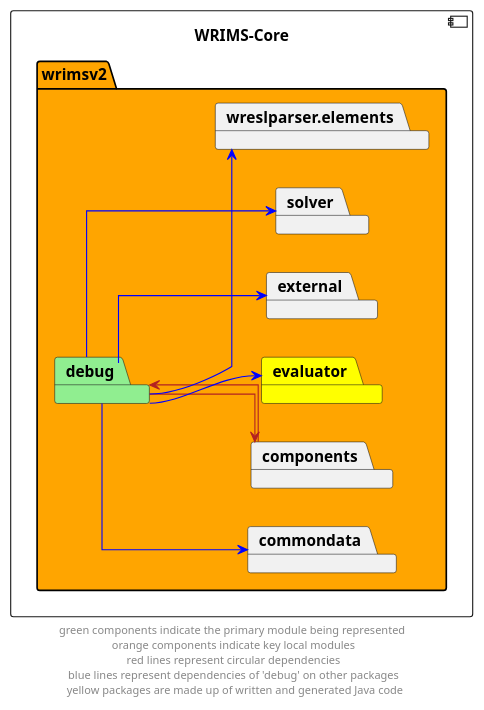
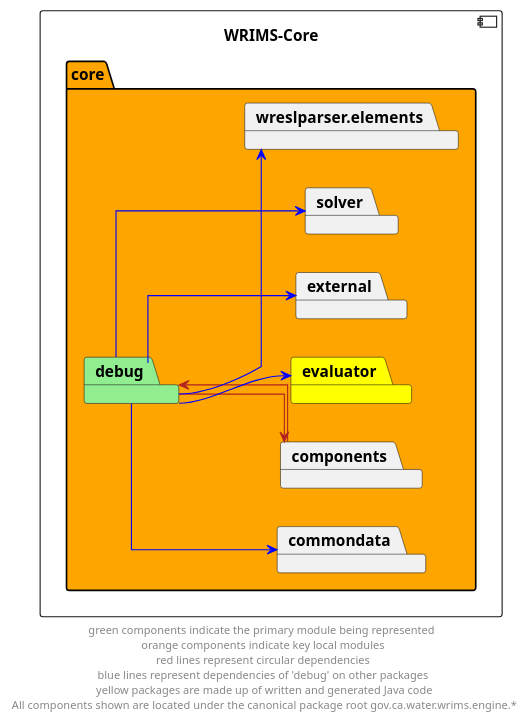
One commit to CentralValleyModeling/wrims-engine changed the diagram in docs/diagrams/wrims-core/wrims-core_debug.puml. Above: the diagram before and after it, drawn with PlantUML. The commit also changed 464 other files, not shown here.

First line of the commit message:
WRIMS module rename (#156)

```diff
--- a/docs/diagrams/wrims-core/wrims-core_debug.puml
+++ b/docs/diagrams/wrims-core/wrims-core_debug.puml
@@ -1,29 +1,29 @@
 @startuml
 left to right direction
 skinparam linetype ortho
 
 component wrims_core as "WRIMS-Core" {
-    package wrimsv2 #orange{
+    package core #orange{
         package debug #lightgreen
     package commondata
     package components
     package evaluator #yellow
     package external
     package solver
     package wreslparser.elements
 }
 
 debug -->  components #firebrick
 components -->  debug #firebrick
 
 debug -->  commondata #blue
 debug -->  evaluator #blue
 debug -->  external #blue
 debug -->  solver #blue
 debug -->  wreslparser.elements #blue
 
 ' The following relationships are hidden and used to format the diagram. They do not represent actual dependencies.
 'debug -r[hidden]-> evaluator
 
-footer "green components indicate the primary module being represented \n orange components indicate key local modules \n red lines represent circular dependencies \n blue lines represent dependencies of 'debug' on other packages \n yellow packages are made up of written and generated Java code"
+footer "green components indicate the primary module being represented \n orange components indicate key local modules \n red lines represent circular dependencies \n blue lines represent dependencies of 'debug' on other packages \n yellow packages are made up of written and generated Java code\n All components shown are located under the canonical package root gov.ca.water.wrims.engine.*"
 @enduml
```
